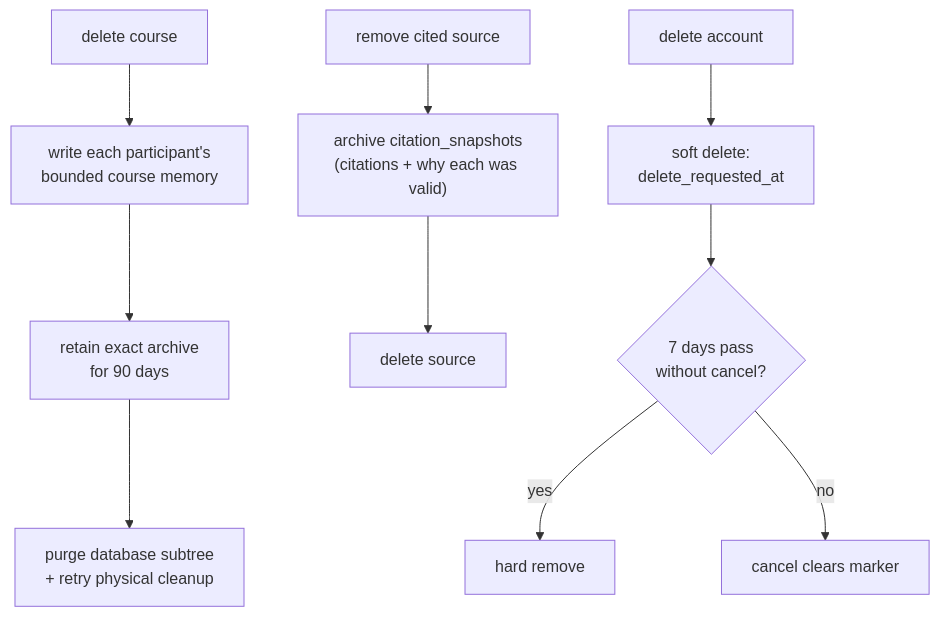
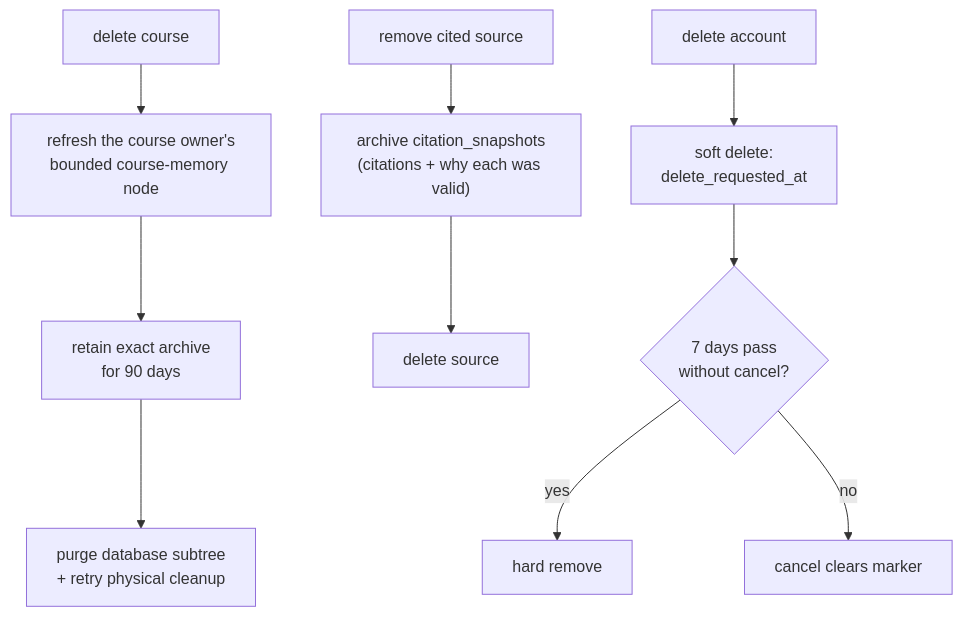
One commit to RileyK05/Stacks changed diagram 14 of 19 in system.md. Above: the diagram before and after it, drawn with Mermaid. The commit also changed other lines of this file and 33 other files, not shown here.

````diff
--- a/system.md
+++ b/system.md
@@ -637,12 +646,12 @@
 ```mermaid
 flowchart TB
-    DC["delete course"] --> CM["write each participant's<br/>bounded course memory"]
+    DC["delete course"] --> CM["refresh the course owner's<br/>bounded course-memory node"]
     CM --> A90["retain exact archive<br/>for 90 days"]
     A90 --> DEL["purge database subtree<br/>+ retry physical cleanup"]
     DS["remove cited source"] --> CS["archive citation_snapshots<br/>(citations + why each was valid)"]
     CS --> DEL2["delete source"]
     DU["delete account"] --> GR["soft delete:<br/>delete_requested_at"]
     GR --> D7{"7 days pass<br/>without cancel?"}
     D7 -->|yes| HARD["hard remove"]
     D7 -->|no| CANCEL["cancel clears marker"]
 ```
````
